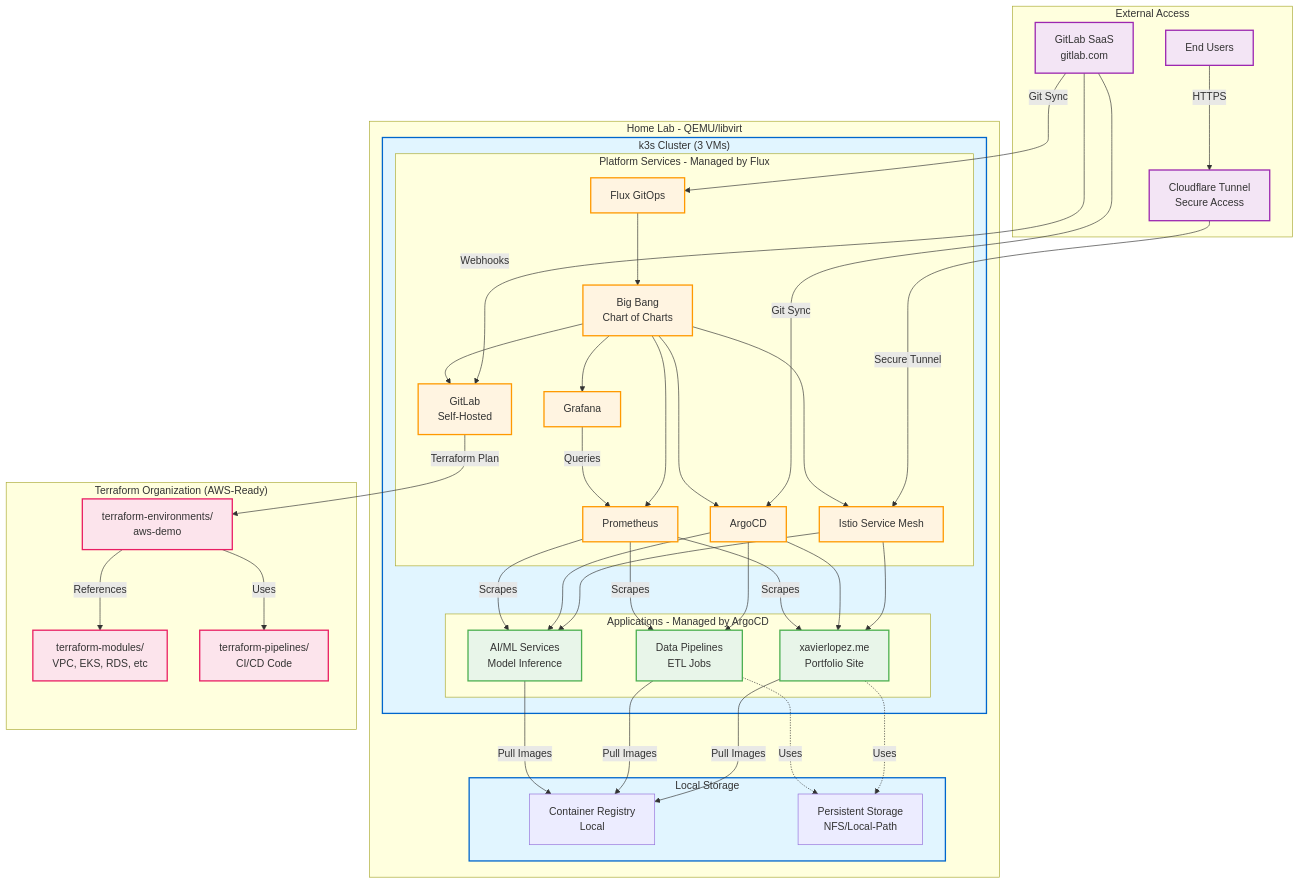
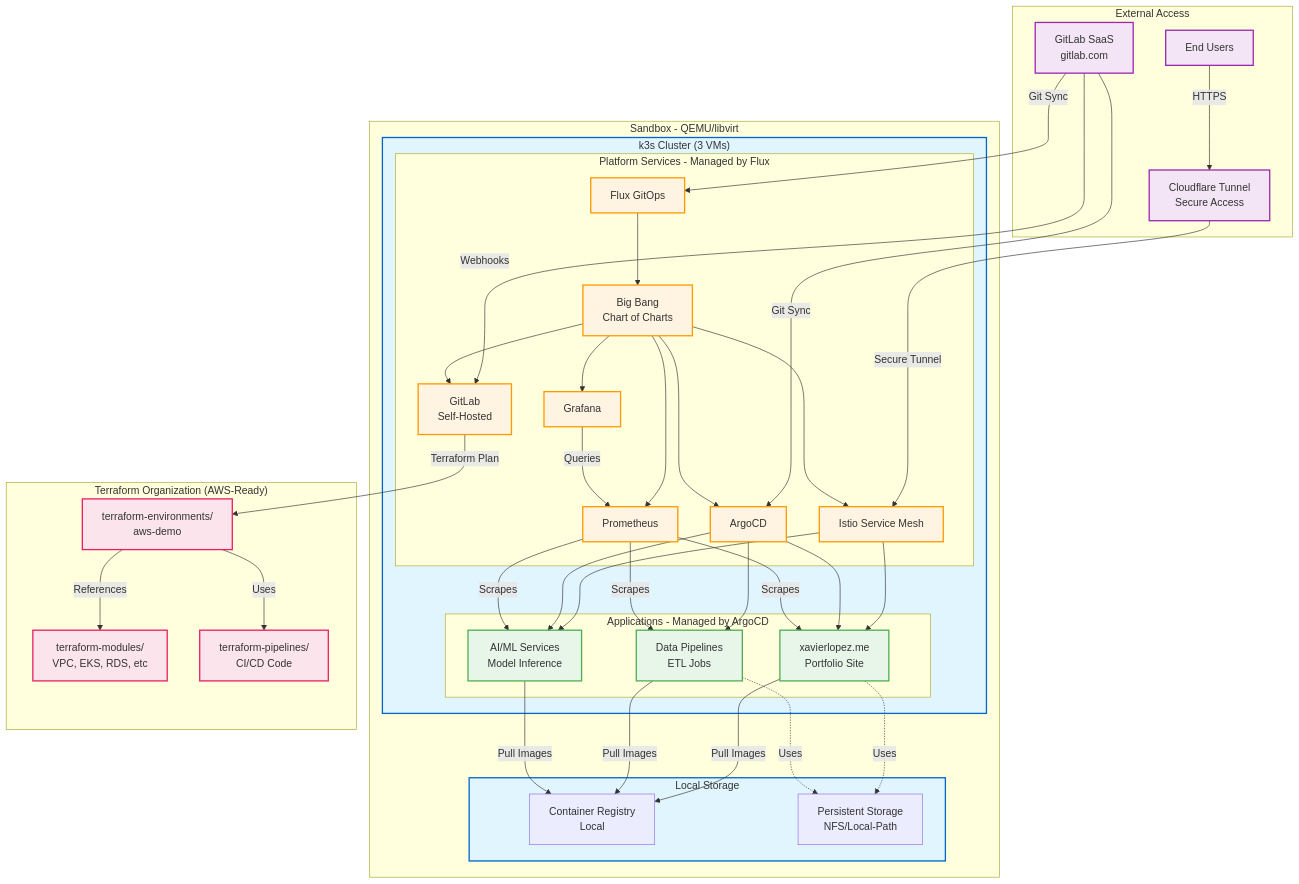
One commit to zavestudios/zavestudios changed the first of 5 diagrams in README.md. Above: the diagram before and after it, drawn with Mermaid. The commit also changed other lines of this file, not shown here.

```diff
--- a/README.md
+++ b/README.md
@@ -80,7 +80,7 @@
         GitLabSaaS[GitLab SaaS<br/>gitlab.com]
     end
 
-    subgraph HomeLab["Home Lab - QEMU/libvirt"]
+    subgraph Sandbox["Sandbox - QEMU/libvirt"]
         subgraph K3sCluster["k3s Cluster (3 VMs)"]
             subgraph PlatformServices["Platform Services - Managed by Flux"]
                 Flux[Flux GitOps]
```
